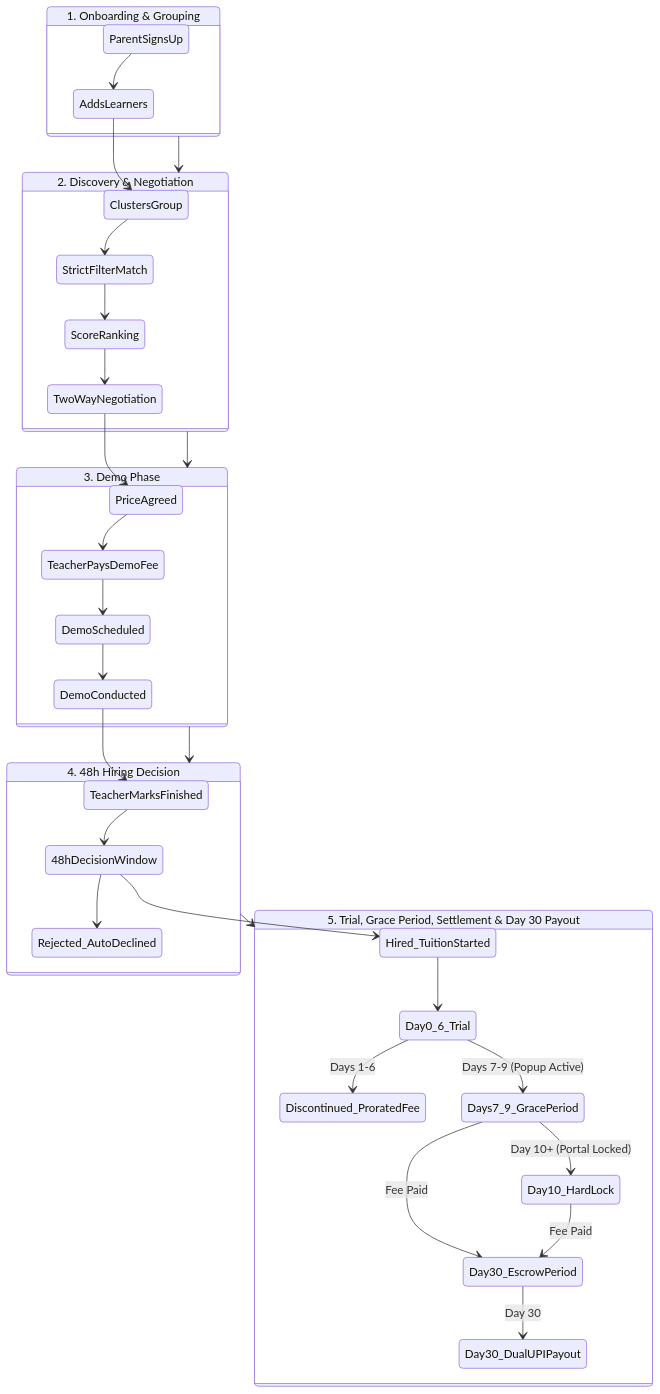
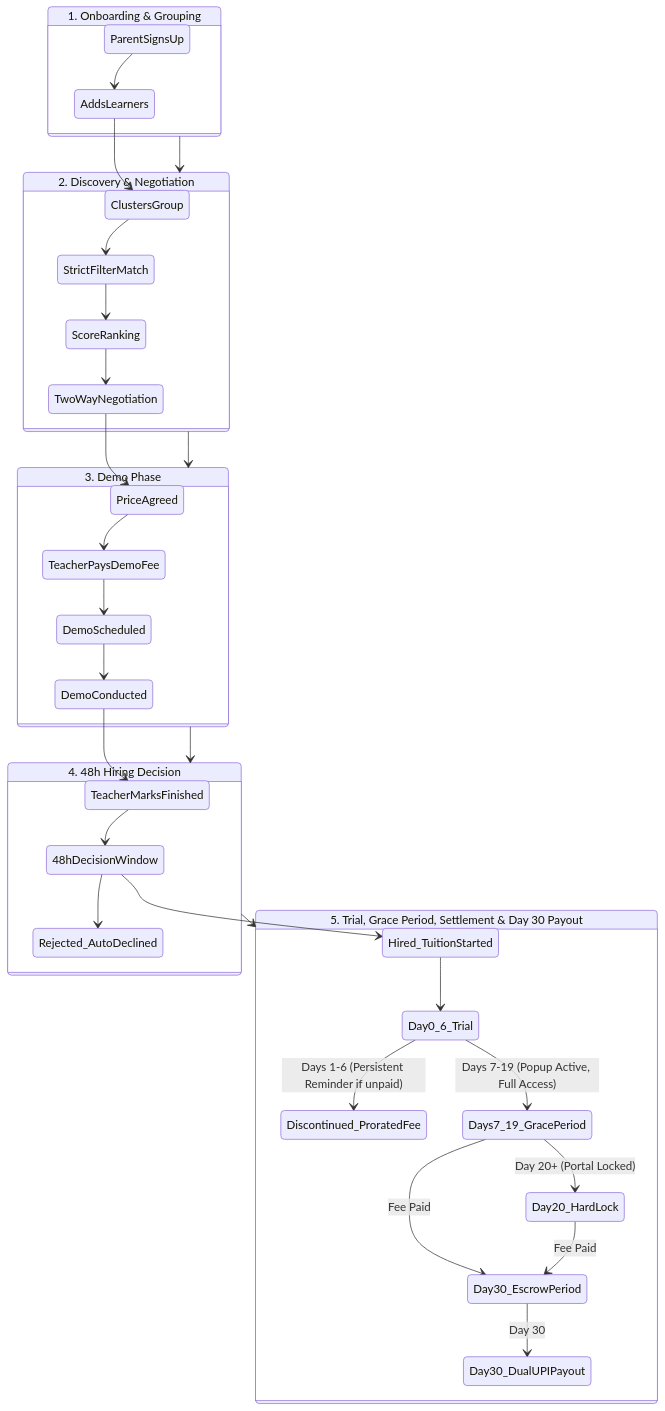
One commit to Nikhil4002-50-82/Mi-Tutora changed the first of 2 diagrams in README.md. Above: the diagram before and after it, drawn with Mermaid. The commit also changed other lines of this file and 14 other files, not shown here.

````diff
--- a/README.md
+++ b/README.md
@@ -32,42 +32,42 @@
 ```mermaid
 stateDiagram-v2
     state "1. Onboarding & Grouping" as Phase1 {
         ParentSignsUp --> AddsLearners
         AddsLearners --> ClustersGroup
     }
     
     state "2. Discovery & Negotiation" as Phase2 {
         ClustersGroup --> StrictFilterMatch
         StrictFilterMatch --> ScoreRanking
         ScoreRanking --> TwoWayNegotiation
         TwoWayNegotiation --> PriceAgreed
     }
     
     state "3. Demo Phase" as Phase3 {
         PriceAgreed --> TeacherPaysDemoFee
         TeacherPaysDemoFee --> DemoScheduled
         DemoScheduled --> DemoConducted
         DemoConducted --> TeacherMarksFinished
     }
     
     state "4. 48h Hiring Decision" as Phase4 {
         TeacherMarksFinished --> 48hDecisionWindow
         48hDecisionWindow --> Hired_TuitionStarted
         48hDecisionWindow --> Rejected_AutoDeclined
     }
     
     state "5. Trial, Grace Period, Settlement & Day 30 Payout" as Phase5 {
         Hired_TuitionStarted --> Day0_6_Trial
-        Day0_6_Trial --> Discontinued_ProratedFee : Days 1-6
-        Day0_6_Trial --> Days7_9_GracePeriod : Days 7-9 (Popup Active)
-        Days7_9_GracePeriod --> Day10_HardLock : Day 10+ (Portal Locked)
-        Days7_9_GracePeriod --> Day30_EscrowPeriod : Fee Paid
-        Day10_HardLock --> Day30_EscrowPeriod : Fee Paid
+        Day0_6_Trial --> Discontinued_ProratedFee : Days 1-6 (Persistent Reminder if unpaid)
+        Day0_6_Trial --> Days7_19_GracePeriod : Days 7-19 (Popup Active, Full Access)
+        Days7_19_GracePeriod --> Day20_HardLock : Day 20+ (Portal Locked)
+        Days7_19_GracePeriod --> Day30_EscrowPeriod : Fee Paid
+        Day20_HardLock --> Day30_EscrowPeriod : Fee Paid
         Day30_EscrowPeriod --> Day30_DualUPIPayout : Day 30
     }
 
     Phase1 --> Phase2
     Phase2 --> Phase3
     Phase3 --> Phase4
     Phase4 --> Phase5
 ```
````
